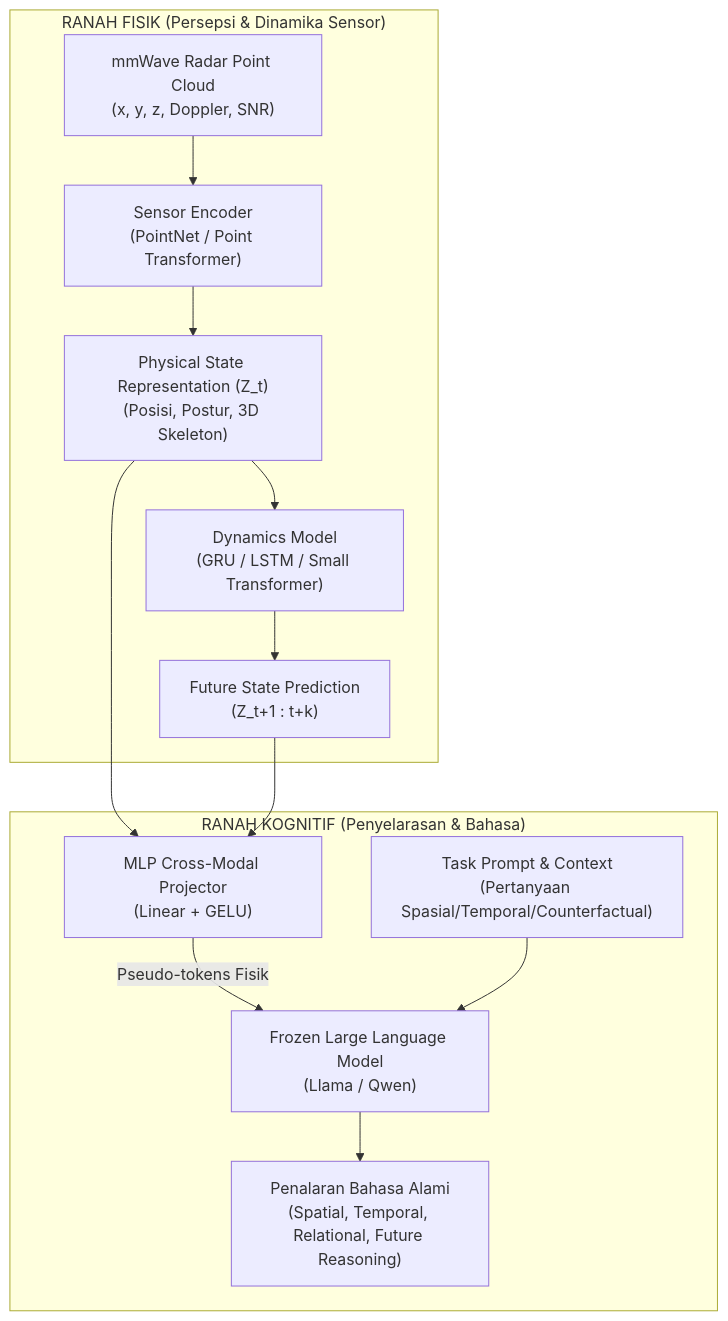
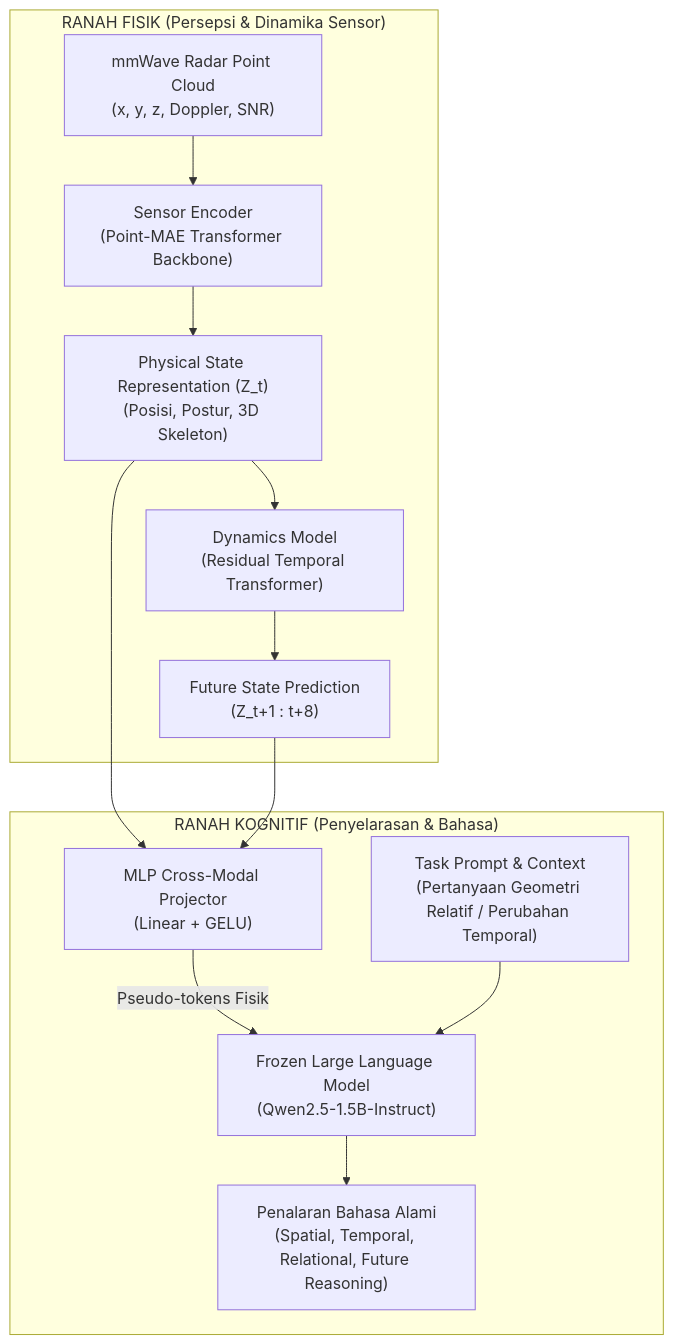
The diagram in docs/onboarding.md (rfirmn/Learning-Physical-State-Representations-for-Sensor-Grounded-Reasoning-and-Future-State-Prediction), drawn with Mermaid before and after one commit. The commit also changed other lines of this file and 22 other files, not shown here.

````diff
--- a/docs/onboarding.md
+++ b/docs/onboarding.md
@@ -45,27 +45,27 @@
 ```mermaid
 flowchart TD
     subgraph RF["RANAH FISIK (Persepsi & Dinamika Sensor)"]
         Raw["mmWave Radar Point Cloud<br/>(x, y, z, Doppler, SNR)"]
-        Enc["Sensor Encoder<br/>(PointNet / Point Transformer)"]
+        Enc["Sensor Encoder<br/>(Point-MAE Transformer Backbone)"]
         Zt["Physical State Representation (Z_t)<br/>(Posisi, Postur, 3D Skeleton)"]
-        Dyn["Dynamics Model<br/>(GRU / LSTM / Small Transformer)"]
-        Future["Future State Prediction<br/>(Z_t+1 : t+k)"]
+        Dyn["Dynamics Model<br/>(Residual Temporal Transformer)"]
+        Future["Future State Prediction<br/>(Z_t+1 : t+8)"]
     end
 
     subgraph RK["RANAH KOGNITIF (Penyelarasan & Bahasa)"]
         MLP["MLP Cross-Modal Projector<br/>(Linear + GELU)"]
-        LLM["Frozen Large Language Model<br/>(Llama / Qwen)"]
-        Prompt["Task Prompt & Context<br/>(Pertanyaan Spasial/Temporal/Counterfactual)"]
+        LLM["Frozen Large Language Model<br/>(Qwen2.5-1.5B-Instruct)"]
+        Prompt["Task Prompt & Context<br/>(Pertanyaan Geometri Relatif / Perubahan Temporal)"]
         Output["Penalaran Bahasa Alami<br/>(Spatial, Temporal, Relational, Future Reasoning)"]
     end
 
     Raw --> Enc
     Enc --> Zt
     Zt --> Dyn
     Dyn --> Future
     Zt --> MLP
     Future --> MLP
     MLP -->|Pseudo-tokens Fisik| LLM
     Prompt --> LLM
     LLM --> Output
 ```
````
